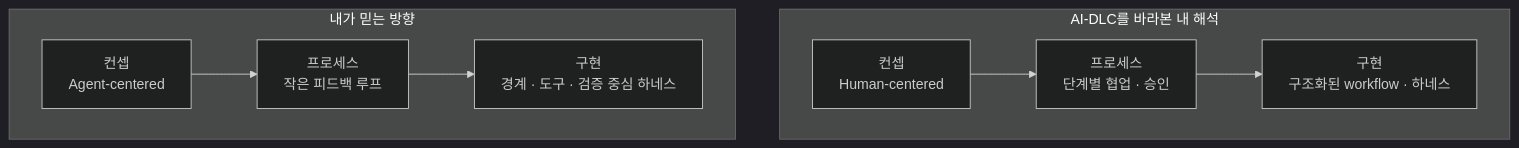
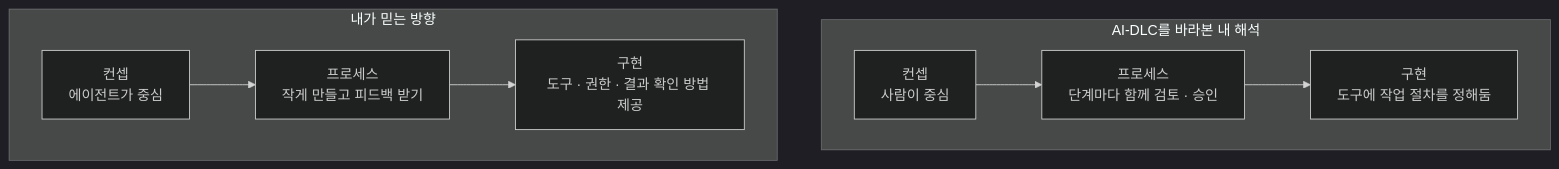
One commit to haandol/haandol.github.com changed the first of 4 diagrams in _posts/2026-09-06-my-thoughts-on-aws-ai-dlc.md. Above: the diagram before and after it, drawn with Mermaid (dark theme). The commit also changed other lines of this file and 2 other files, not shown here.

````diff
--- a/_posts/2026-09-06-my-thoughts-on-aws-ai-dlc.md
+++ b/_posts/2026-09-06-my-thoughts-on-aws-ai-dlc.md
@@ -53,14 +53,14 @@
 ```mermaid
 flowchart TB
     subgraph A["AI-DLC를 바라본 내 해석"]
         direction LR
-        A1["컨셉<br/>Human-centered"] --> A2["프로세스<br/>단계별 협업 · 승인"]
-        A2 --> A3["구현<br/>구조화된 workflow · 하네스"]
+        A1["컨셉<br/>사람이 중심"] --> A2["프로세스<br/>단계마다 함께 검토 · 승인"]
+        A2 --> A3["구현<br/>도구에 작업 절차를 정해둠"]
     end
 
     subgraph B["내가 믿는 방향"]
         direction LR
-        B1["컨셉<br/>Agent-centered"] --> B2["프로세스<br/>작은 피드백 루프"]
-        B2 --> B3["구현<br/>경계 · 도구 · 검증 중심 하네스"]
+        B1["컨셉<br/>에이전트가 중심"] --> B2["프로세스<br/>작게 만들고 피드백 받기"]
+        B2 --> B3["구현<br/>도구 · 권한 · 결과 확인 방법 제공"]
     end
 ```
````
